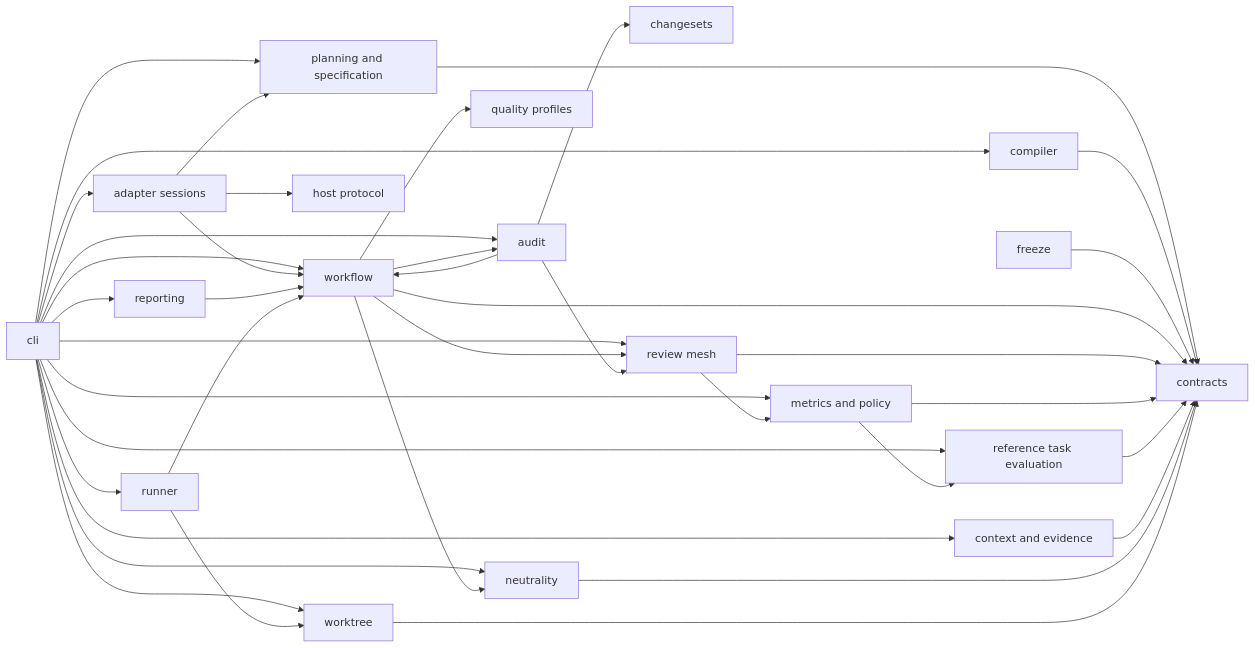
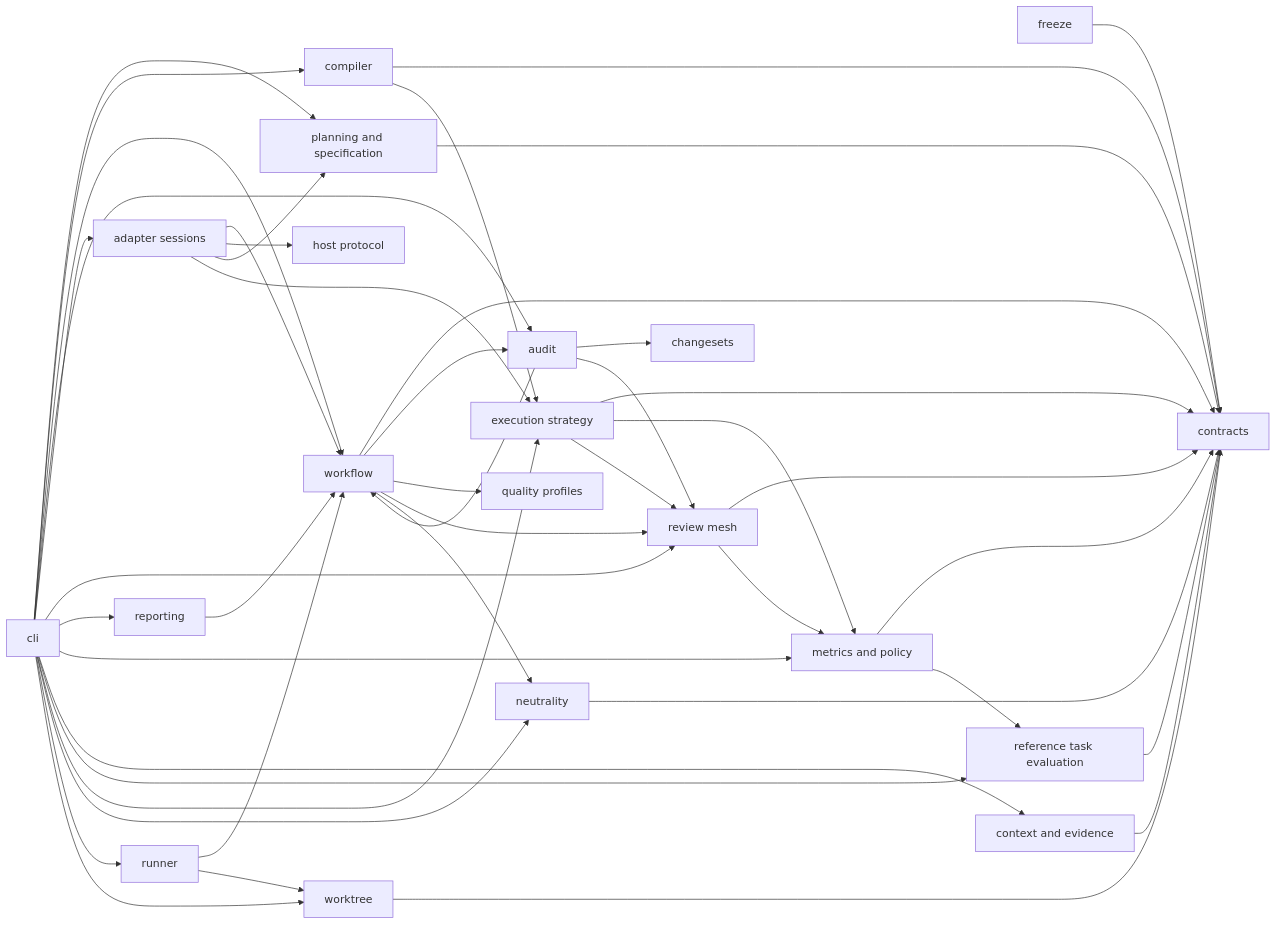
One commit to avksp/agent-lifecycle-kit changed the fourth of 15 diagrams in docs/architecture/system-architecture.md. Above: the diagram before and after it, drawn with Mermaid. The commit also changed other lines of this file and 59 other files, not shown here.

Commit message:
feat(policy): add quality-preserving execution strategy

````diff
--- a/docs/architecture/system-architecture.md
+++ b/docs/architecture/system-architecture.md
@@ -144,61 +144,68 @@
 ```mermaid
 flowchart LR
   cli[cli]
   contracts[contracts]
   changesets[changesets]
   compiler[compiler]
   planning[planning and specification]
   freeze[freeze]
   workflow[workflow]
   audit[audit]
   adapter_sessions[adapter sessions]
   host_protocol[host protocol]
   review_mesh[review mesh]
   reporting[reporting]
   metrics[metrics and policy]
   context[context and evidence]
   quality[quality profiles]
+  strategy[execution strategy]
   benchmarks[reference task evaluation]
   neutrality[neutrality]
   runner[runner]
   worktree[worktree]
 
   cli --> planning
   cli --> compiler
   cli --> workflow
   cli --> audit
   cli --> adapter_sessions
   cli --> review_mesh
   cli --> reporting
   cli --> metrics
   cli --> context
   cli --> benchmarks
+  cli --> strategy
   cli --> neutrality
   cli --> runner
   cli --> worktree
   planning --> contracts
   compiler --> contracts
   freeze --> contracts
   workflow --> contracts
   workflow --> audit
   workflow --> quality
   workflow --> review_mesh
   workflow --> neutrality
   adapter_sessions --> workflow
   adapter_sessions --> host_protocol
   adapter_sessions --> planning
+  adapter_sessions --> strategy
+  compiler --> strategy
+  strategy --> contracts
+  strategy --> metrics
+  strategy --> review_mesh
   review_mesh --> contracts
   review_mesh --> metrics
   audit --> workflow
   audit --> changesets
   audit --> review_mesh
   reporting --> workflow
   metrics --> contracts
   benchmarks --> contracts
   metrics --> benchmarks
   context --> contracts
   neutrality --> contracts
   runner --> workflow
   runner --> worktree
   worktree --> contracts
 ```
````
